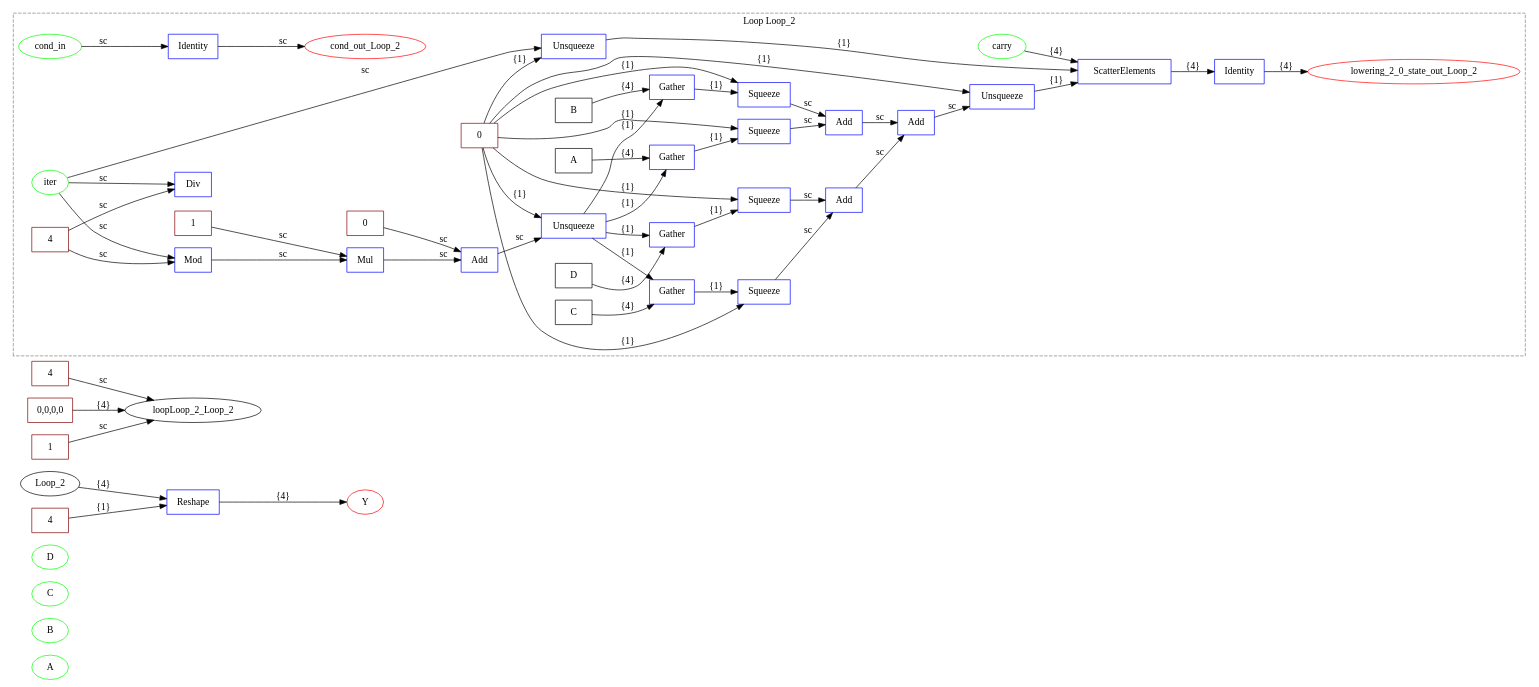
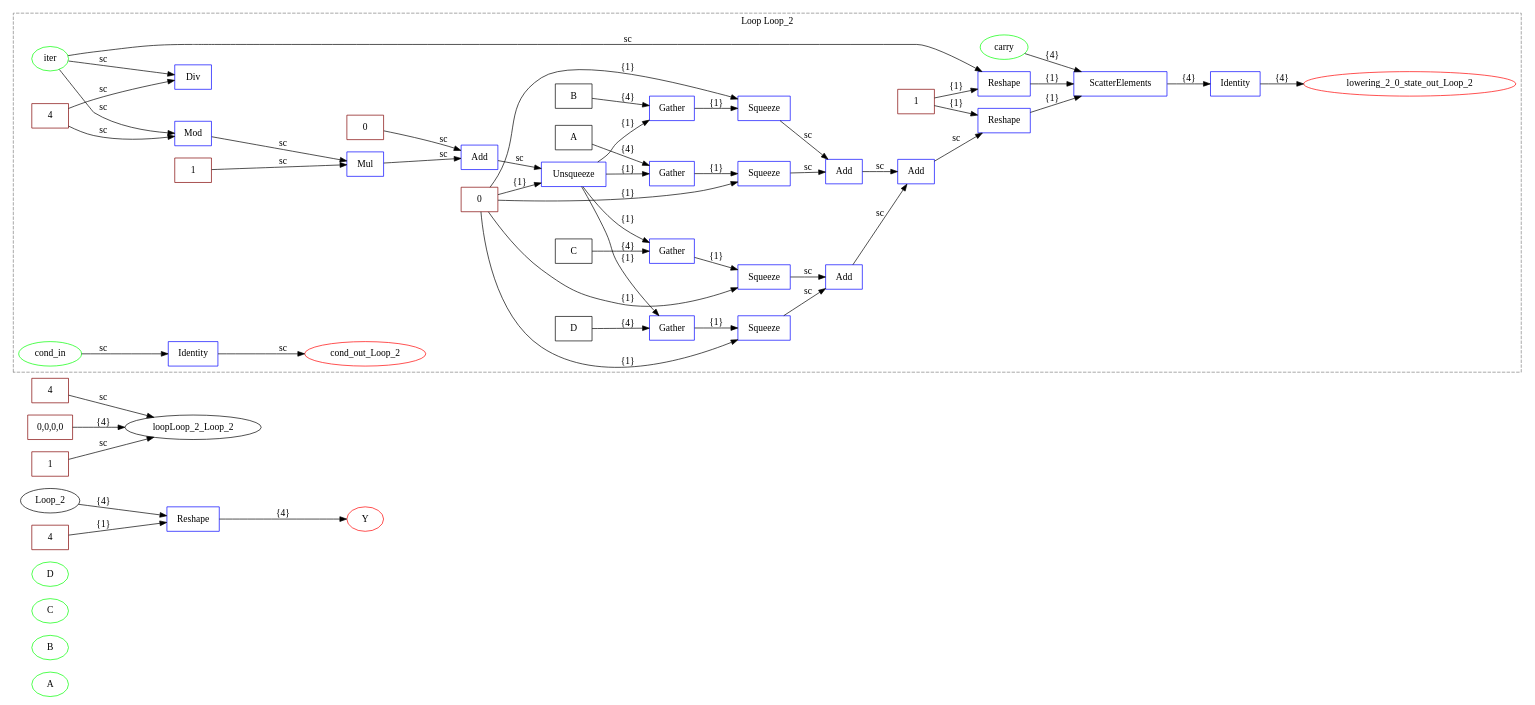
One commit to specs-feup/onnx-flow changed the diagram in examples/onnx/addchain_test.dot. Above: the diagram before and after it, drawn with Graphviz. The commit also changed 127 other files, not shown here.

```diff
--- a/examples/onnx/addchain_test.dot
+++ b/examples/onnx/addchain_test.dot
@@ -1,103 +1,104 @@
 digraph {
   graph [compound=true rankdir=LR];
   A [label=A shape=ellipse color=lime];
   B [label=B shape=ellipse color=lime];
   C [label=C shape=ellipse color=lime];
   D [label=D shape=ellipse color=lime];
   Y [label=Y shape=ellipse color=red];
   lowering_2_Reshape [label=Reshape shape=box color=blue];
   lowering_2_init_carry_Loop_2 [label="0,0,0,0" shape=box color=maroon];
   lowering_2_cond_Loop_2 [label=1 shape=box color=maroon];
   Loop_2 -> lowering_2_Reshape [label="{4}"];
   lowering_2_final_shape [label=4 shape=box color=maroon];
   subgraph cluster_loop_Loop_2 {
     graph [compound=true rankdir=LR];
     loopLoop_2_iter [label=iter shape=ellipse color=lime];
     loopLoop_2_cond_in [label=cond_in shape=ellipse color=lime];
     loopLoop_2_carry [label=carry shape=ellipse color=lime];
     loopLoop_2_id_cond_Loop_2 [label=Identity shape=box color=blue];
     loopLoop_2_cond_out_Loop_2 [label=cond_out_Loop_2 shape=ellipse color=red];
     loopLoop_2_Loop_2_axes [label=0 shape=box color=maroon];
     loopLoop_2_A [label=A shape=box];
     loopLoop_2_ew_0_mr_dim_gb_out_A_0 [label=4 shape=box color=maroon];
     loopLoop_2_ew_0_Mod [label=Mod shape=box color=blue];
     loopLoop_2_ew_0_Mod -> loopLoop_2_ew_0_Mul [label=sc];
     loopLoop_2_ew_0_Div [label=Div shape=box color=blue];
     loopLoop_2_ew_0_lin_zero_gb_lin_A [label=0 shape=box color=maroon];
     loopLoop_2_ew_0_lin_stride_gb_lin_A_0 [label=1 shape=box color=maroon];
     loopLoop_2_ew_0_Mul [label=Mul shape=box color=blue];
     loopLoop_2_ew_0_Mul -> loopLoop_2_ew_0_Add [label=sc];
     loopLoop_2_ew_0_Add [label=Add shape=box color=blue];
     loopLoop_2_ew_0_Add -> loopLoop_2_ew_0_Unsqueeze [label=sc];
     loopLoop_2_ew_0_Unsqueeze [label=Unsqueeze shape=box color=blue];
     loopLoop_2_ew_0_Unsqueeze -> loopLoop_2_ew_0_Gather [label="{1}"];
     loopLoop_2_ew_0_Unsqueeze -> loopLoop_2_ew_0_Gather_1 [label="{1}"];
     loopLoop_2_ew_0_Unsqueeze -> loopLoop_2_ew_1_Gather [label="{1}"];
     loopLoop_2_ew_0_Unsqueeze -> loopLoop_2_ew_1_Gather_1 [label="{1}"];
     loopLoop_2_ew_0_Gather [label=Gather shape=box color=blue];
     loopLoop_2_ew_0_Gather -> loopLoop_2_ew_0_Squeeze [label="{1}"];
     loopLoop_2_ew_0_Squeeze [label=Squeeze shape=box color=blue];
     loopLoop_2_ew_0_Squeeze -> loopLoop_2_ew_0_Add_1 [label=sc];
     loopLoop_2_B [label=B shape=box];
     loopLoop_2_ew_0_Gather_1 [label=Gather shape=box color=blue];
     loopLoop_2_ew_0_Gather_1 -> loopLoop_2_ew_0_Squeeze_1 [label="{1}"];
     loopLoop_2_ew_0_Squeeze_1 [label=Squeeze shape=box color=blue];
     loopLoop_2_ew_0_Squeeze_1 -> loopLoop_2_ew_0_Add_1 [label=sc];
     loopLoop_2_ew_0_Add_1 [label=Add shape=box color=blue];
     loopLoop_2_ew_0_Add_1 -> loopLoop_2_ew_2_Add [label=sc];
     loopLoop_2_C [label=C shape=box];
     loopLoop_2_ew_1_Gather [label=Gather shape=box color=blue];
     loopLoop_2_ew_1_Gather -> loopLoop_2_ew_1_Squeeze [label="{1}"];
     loopLoop_2_ew_1_Squeeze [label=Squeeze shape=box color=blue];
     loopLoop_2_ew_1_Squeeze -> loopLoop_2_ew_1_Add [label=sc];
     loopLoop_2_D [label=D shape=box];
     loopLoop_2_ew_1_Gather_1 [label=Gather shape=box color=blue];
     loopLoop_2_ew_1_Gather_1 -> loopLoop_2_ew_1_Squeeze_1 [label="{1}"];
     loopLoop_2_ew_1_Squeeze_1 [label=Squeeze shape=box color=blue];
     loopLoop_2_ew_1_Squeeze_1 -> loopLoop_2_ew_1_Add [label=sc];
     loopLoop_2_ew_1_Add [label=Add shape=box color=blue];
     loopLoop_2_ew_1_Add -> loopLoop_2_ew_2_Add [label=sc];
     loopLoop_2_ew_2_Add [label=Add shape=box color=blue];
-    loopLoop_2_ew_2_Add -> loopLoop_2_Loop_2_Unsqueeze_1 [label=sc];
-    loopLoop_2_Loop_2_Unsqueeze [label=Unsqueeze shape=box color=blue];
-    loopLoop_2_Loop_2_Unsqueeze -> loopLoop_2_Loop_2_ScatterElements [label="{1}"];
-    loopLoop_2_Loop_2_Unsqueeze_1 [label=Unsqueeze shape=box color=blue];
-    loopLoop_2_Loop_2_Unsqueeze_1 -> loopLoop_2_Loop_2_ScatterElements [label="{1}"];
+    loopLoop_2_ew_2_Add -> loopLoop_2_Loop_2_Reshape_1 [label=sc];
+    loopLoop_2_Loop_2_one_shape [label=1 shape=box color=maroon];
+    loopLoop_2_Loop_2_Reshape [label=Reshape shape=box color=blue];
+    loopLoop_2_Loop_2_Reshape -> loopLoop_2_Loop_2_ScatterElements [label="{1}"];
+    loopLoop_2_Loop_2_Reshape_1 [label=Reshape shape=box color=blue];
+    loopLoop_2_Loop_2_Reshape_1 -> loopLoop_2_Loop_2_ScatterElements [label="{1}"];
     loopLoop_2_Loop_2_ScatterElements [label=ScatterElements shape=box color=blue];
     loopLoop_2_Loop_2_ScatterElements -> loopLoop_2_lowering_2_id_state_out_Loop_2_0 [label="{4}"];
     loopLoop_2_lowering_2_0_state_out_Loop_2 [label=lowering_2_0_state_out_Loop_2 shape=ellipse color=red];
     loopLoop_2_lowering_2_id_state_out_Loop_2_0 [label=Identity shape=box color=blue];
     loopLoop_2_cond_in -> loopLoop_2_id_cond_Loop_2 [label=sc];
     loopLoop_2_iter -> loopLoop_2_ew_0_Mod [label=sc];
     loopLoop_2_ew_0_mr_dim_gb_out_A_0 -> loopLoop_2_ew_0_Mod [label=sc];
     loopLoop_2_id_cond_Loop_2 -> loopLoop_2_cond_out_Loop_2 [label=sc];
     loopLoop_2_iter -> loopLoop_2_ew_0_Div [label=sc];
     loopLoop_2_ew_0_mr_dim_gb_out_A_0 -> loopLoop_2_ew_0_Div [label=sc];
     loopLoop_2_ew_0_lin_stride_gb_lin_A_0 -> loopLoop_2_ew_0_Mul [label=sc];
     loopLoop_2_ew_0_lin_zero_gb_lin_A -> loopLoop_2_ew_0_Add [label=sc];
     loopLoop_2_Loop_2_axes -> loopLoop_2_ew_0_Unsqueeze [label="{1}"];
     loopLoop_2_A -> loopLoop_2_ew_0_Gather [label="{4}"];
     loopLoop_2_Loop_2_axes -> loopLoop_2_ew_0_Squeeze [label="{1}"];
     loopLoop_2_B -> loopLoop_2_ew_0_Gather_1 [label="{4}"];
     loopLoop_2_Loop_2_axes -> loopLoop_2_ew_0_Squeeze_1 [label="{1}"];
     loopLoop_2_C -> loopLoop_2_ew_1_Gather [label="{4}"];
     loopLoop_2_Loop_2_axes -> loopLoop_2_ew_1_Squeeze [label="{1}"];
     loopLoop_2_D -> loopLoop_2_ew_1_Gather_1 [label="{4}"];
     loopLoop_2_Loop_2_axes -> loopLoop_2_ew_1_Squeeze_1 [label="{1}"];
-    loopLoop_2_iter -> loopLoop_2_Loop_2_Unsqueeze [label=sc];
-    loopLoop_2_Loop_2_axes -> loopLoop_2_Loop_2_Unsqueeze [label="{1}"];
-    loopLoop_2_Loop_2_axes -> loopLoop_2_Loop_2_Unsqueeze_1 [label="{1}"];
+    loopLoop_2_iter -> loopLoop_2_Loop_2_Reshape [label=sc];
+    loopLoop_2_Loop_2_one_shape -> loopLoop_2_Loop_2_Reshape [label="{1}"];
+    loopLoop_2_Loop_2_one_shape -> loopLoop_2_Loop_2_Reshape_1 [label="{1}"];
     loopLoop_2_carry -> loopLoop_2_Loop_2_ScatterElements [label="{4}"];
     loopLoop_2_lowering_2_id_state_out_Loop_2_0 -> loopLoop_2_lowering_2_0_state_out_Loop_2 [label="{4}"];
     graph [label="Loop Loop_2"];
     graph [style=dashed];
     graph [color=gray];
   }
 
   lowering_2_trip_count_Loop_2 [label=4 shape=box color=maroon];
   lowering_2_init_carry_Loop_2 -> loopLoop_2_Loop_2 [label="{4}" lhead=cluster_loop_Loop_2];
   lowering_2_final_shape -> lowering_2_Reshape [label="{1}"];
   lowering_2_trip_count_Loop_2 -> loopLoop_2_Loop_2 [label=sc lhead=cluster_loop_Loop_2];
   lowering_2_cond_Loop_2 -> loopLoop_2_Loop_2 [label=sc lhead=cluster_loop_Loop_2];
   lowering_2_Reshape -> Y [label="{4}"];
 }
```
